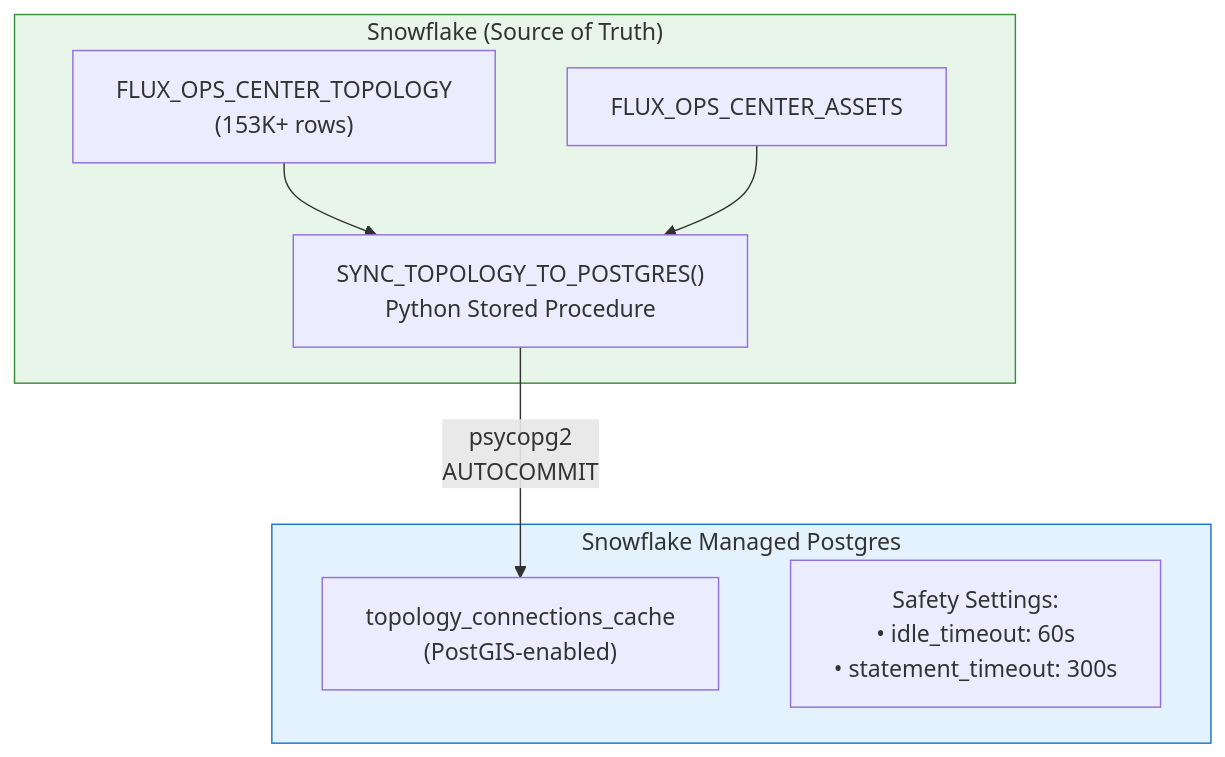
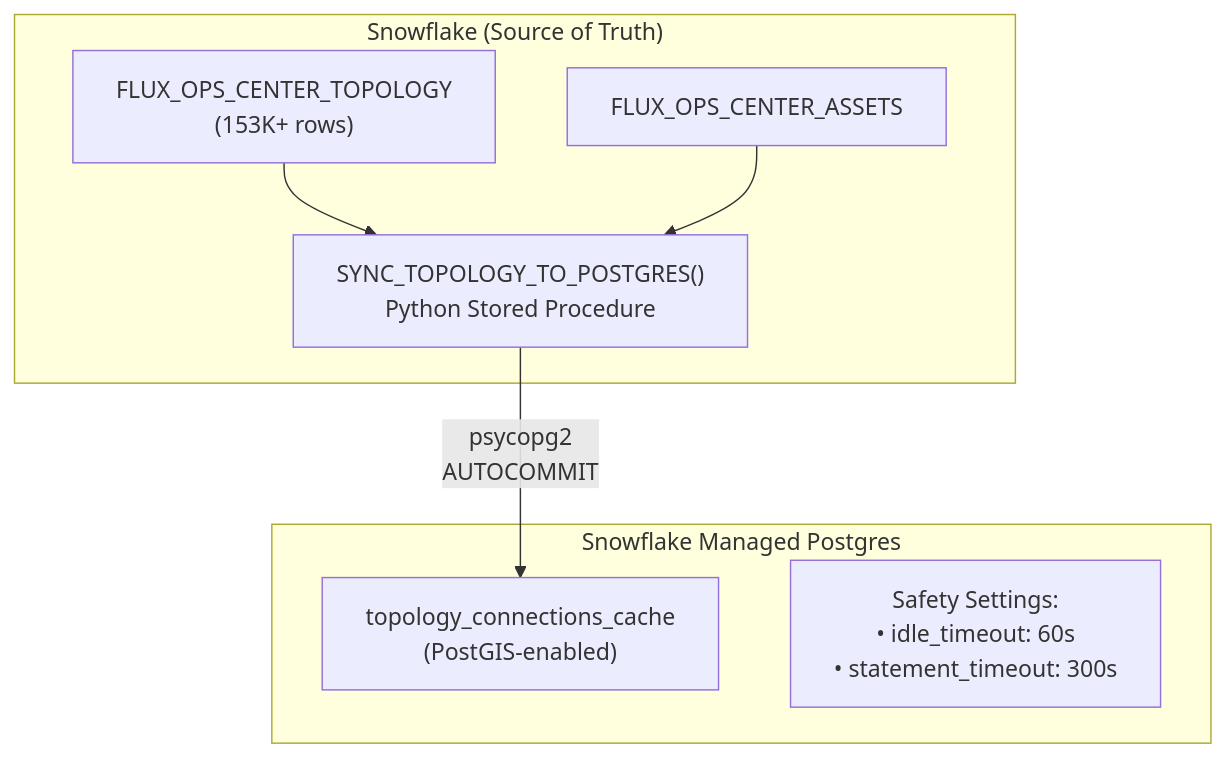
Before and after one commit to sfc-gh-abannerjee/flux-ops-center-spcs: the diagram in docs/POSTGRES_SYNC_RELIABILITY.md, drawn with Mermaid. The commit also changed 4 other files, not shown here.

First line of the commit message:
fix: Remove custom Mermaid styles for dark mode compatibility

````diff
--- a/docs/POSTGRES_SYNC_RELIABILITY.md
+++ b/docs/POSTGRES_SYNC_RELIABILITY.md
@@ -11,21 +11,18 @@
 ```mermaid
 flowchart TB
     subgraph SF["Snowflake (Source of Truth)"]
         TOPOLOGY["FLUX_OPS_CENTER_TOPOLOGY<br/>(153K+ rows)"]
         ASSETS["FLUX_OPS_CENTER_ASSETS"]
         SYNC["SYNC_TOPOLOGY_TO_POSTGRES()<br/>Python Stored Procedure"]
         
         TOPOLOGY --> SYNC
         ASSETS --> SYNC
     end
     
     subgraph PG["Snowflake Managed Postgres"]
         CACHE["topology_connections_cache<br/>(PostGIS-enabled)"]
         SETTINGS["Safety Settings:<br/>• idle_timeout: 60s<br/>• statement_timeout: 300s"]
     end
     
     SYNC -->|"psycopg2<br/>AUTOCOMMIT"| CACHE
-    
-    style SF fill:#e8f5e9,stroke:#388e3c
-    style PG fill:#e3f2fd,stroke:#1976d2
 ```
````
